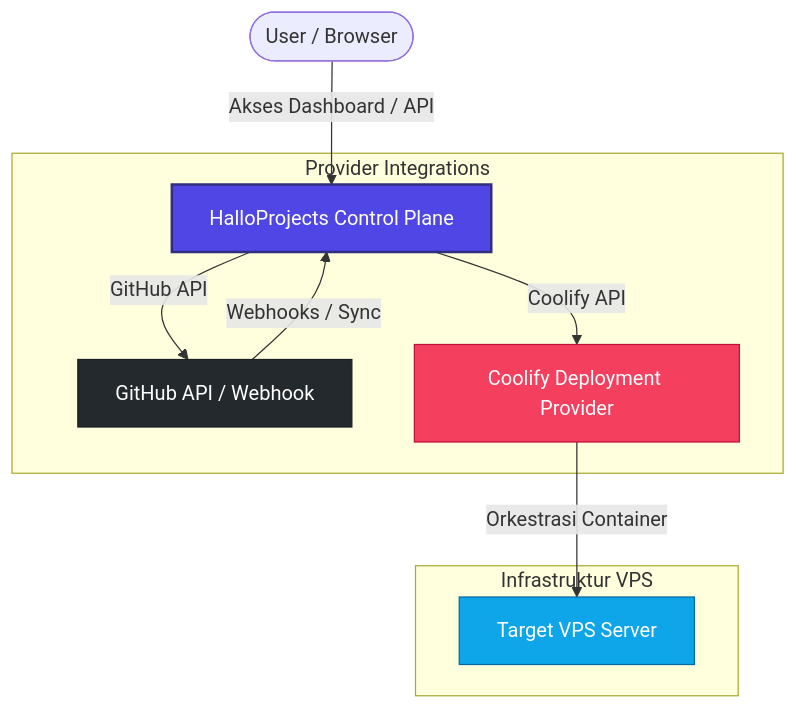
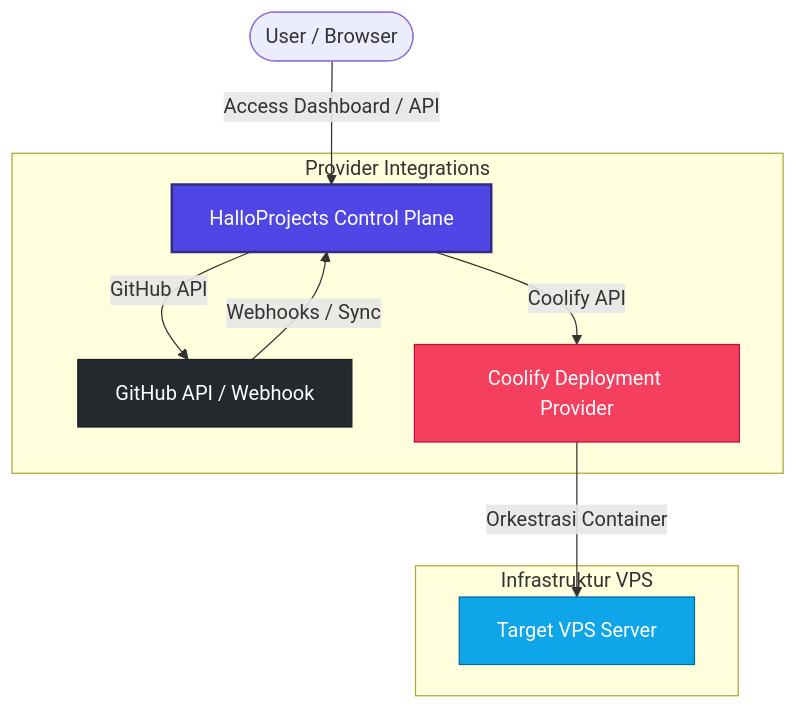
The diagram in README.md (HalloLabsOrg/HalloProjects), drawn with Mermaid before and after one commit. The commit also changed other lines of this file and 1 other file, not shown here.

````diff
--- a/README.md
+++ b/README.md
@@ -51,19 +53,19 @@
 ```mermaid
 graph TD
-    User([User / Browser]) -->|Akses Dashboard / API| HP[HalloProjects Control Plane]
+    User([User / Browser]) -->|Access Dashboard / API| HP[HalloProjects Control Plane]
     
     subgraph Providers [Provider Integrations]
         HP -->|GitHub API| GH[GitHub API / Webhook]
         HP -->|Coolify API| CF[Coolify Deployment Provider]
     end
     
     subgraph Infra [Infrastruktur VPS]
         GH -->|Webhooks / Sync| HP
         CF -->|Orkestrasi Container| VPS[Target VPS Server]
     end
 
     style HP fill:#4f46e5,stroke:#312e81,stroke-width:2px,color:#fff
     style GH fill:#24292e,stroke:#1b1f23,stroke-width:1px,color:#fff
     style CF fill:#f43f5e,stroke:#be123c,stroke-width:1px,color:#fff
     style VPS fill:#0ea5e9,stroke:#0369a1,stroke-width:1px,color:#fff
 ```
````
